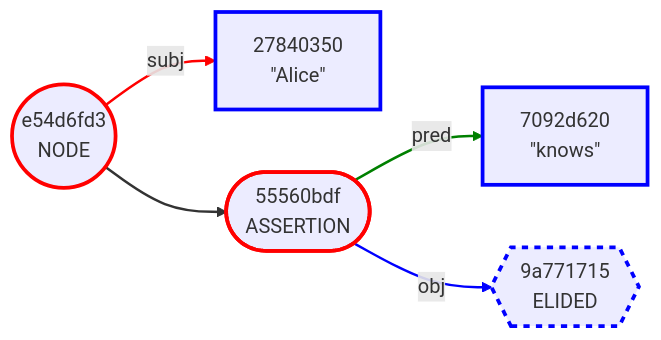
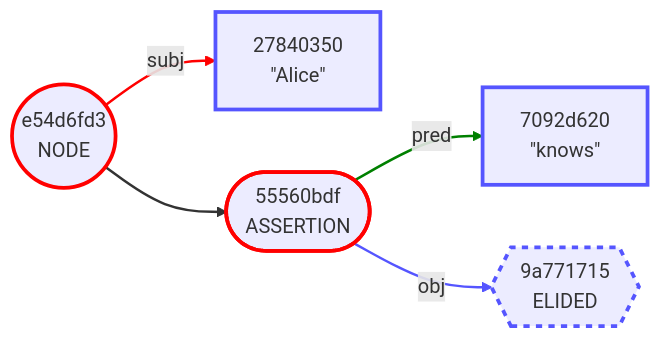
Before and after one commit to BlockchainCommons/BCSwiftSecureComponents: the fourth of 12 diagrams in Docs/04-MERMAID-OUTPUT.md, drawn with Mermaid. The commit also changed other lines of this file and 1 other file, not shown here.

Commit message:
Refined blue for Mermaid output.

````diff
--- a/Docs/04-MERMAID-OUTPUT.md
+++ b/Docs/04-MERMAID-OUTPUT.md
@@ -125,21 +125,21 @@
 ```mermaid
 graph LR
     1(("e54d6fd3<br/>NODE"))
     2["27840350<br/>#quot;Alice#quot;"]
     3(["55560bdf<br/>ASSERTION"])
     4["7092d620<br/>#quot;knows#quot;"]
     5{{"9a771715<br/>ELIDED"}}
     1 -->|subj| 2
     1 --> 3
     3 -->|pred| 4
     3 -->|obj| 5
     style 1 stroke:red,stroke-width:3.0px
-    style 2 stroke:blue,stroke-width:3.0px
+    style 2 stroke:#55f,stroke-width:3.0px
     style 3 stroke:red,stroke-width:3.0px
-    style 4 stroke:blue,stroke-width:3.0px
-    style 5 stroke:blue,stroke-width:3.0px,stroke-dasharray:5.0 5.0
+    style 4 stroke:#55f,stroke-width:3.0px
+    style 5 stroke:#55f,stroke-width:3.0px,stroke-dasharray:5.0 5.0
     linkStyle 0 stroke:red,stroke-width:2.0px
     linkStyle 1 stroke-width:2.0px
     linkStyle 2 stroke:green,stroke-width:2.0px
-    linkStyle 3 stroke:blue,stroke-width:2.0px
+    linkStyle 3 stroke:#55f,stroke-width:2.0px
 ```
````
